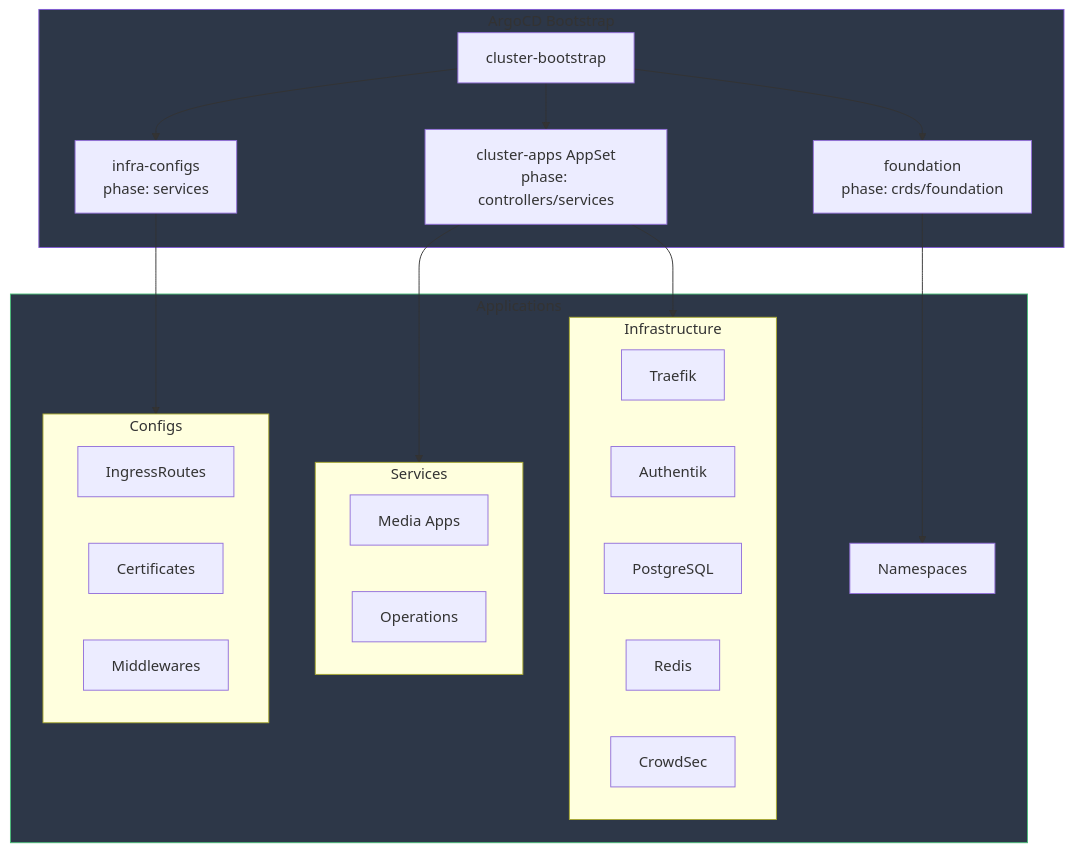
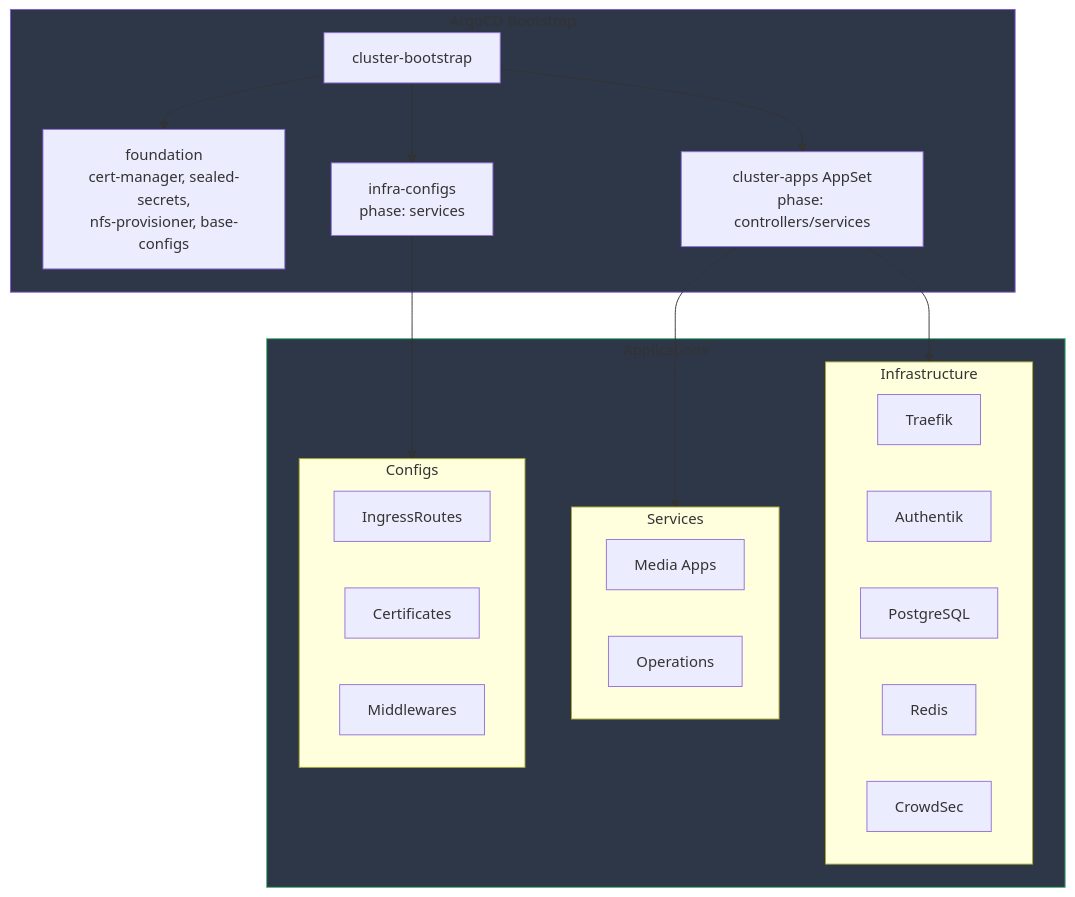
The first of 5 diagrams in README.md (Starktastic-Homelab/apps), drawn with Mermaid before and after one commit.

Commit message:
More README imporvements and fixes

````diff
--- a/README.md
+++ b/README.md
@@ -15,37 +15,37 @@
 ```mermaid
 flowchart TB
     subgraph Bootstrap["ArgoCD Bootstrap"]
         ClusterBootstrap[cluster-bootstrap] --> Foundation
         ClusterBootstrap --> InfraConfigs
         ClusterBootstrap --> AppSet
     end
     
     subgraph Apps["Applications"]
-        Foundation[foundation<br/>phase: crds/foundation] --> Namespaces[Namespaces]
+        Foundation[foundation<br/>cert-manager, sealed-secrets,<br/>nfs-provisioner, base-configs]
         AppSet[cluster-apps AppSet<br/>phase: controllers/services] --> Controllers
         AppSet --> Services
         InfraConfigs[infra-configs<br/>phase: services] --> Ingresses
         
         subgraph Controllers["Infrastructure"]
             Traefik[Traefik]
             Authentik[Authentik]
             PostgreSQL[PostgreSQL]
             Redis[Redis]
             CrowdSec[CrowdSec]
         end
         
         subgraph Services["Services"]
             Media[Media Apps]
             Operations[Operations]
         end
         
         subgraph Ingresses["Configs"]
             Routes[IngressRoutes]
             Certs[Certificates]
             MW[Middlewares]
         end
     end
     
     style Bootstrap fill:#2d3748,stroke:#805ad5
     style Apps fill:#2d3748,stroke:#48bb78
 ```
````
